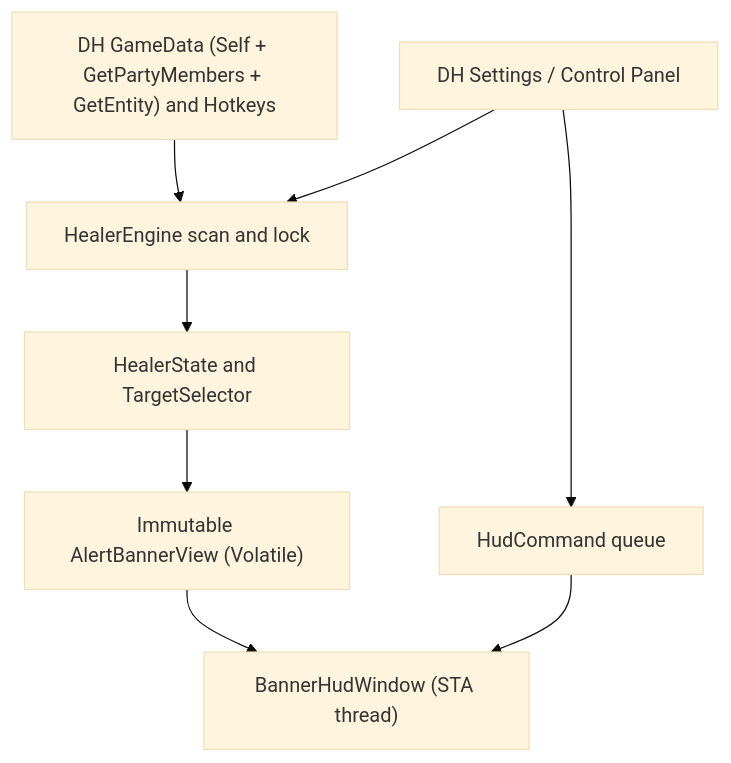
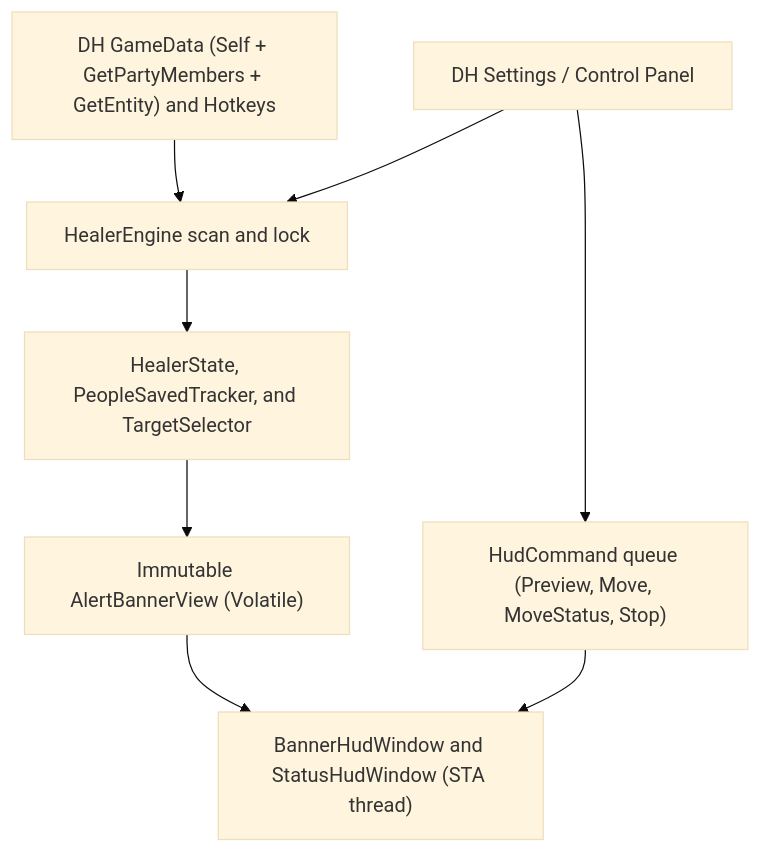
Before and after one commit to Hagaygur/DDO-Healers-Helper: the diagram in docs/human/ARCHITECTURE.md, drawn with Mermaid (base theme). The commit also changed other lines of this file and 26 other files, not shown here.

````diff
--- a/docs/human/ARCHITECTURE.md
+++ b/docs/human/ARCHITECTURE.md
@@ -26,10 +26,10 @@
 ```mermaid
 flowchart TD
   A["DH GameData (Self + GetPartyMembers + GetEntity) and Hotkeys"] --> B["HealerEngine scan and lock"]
-  B --> C["HealerState and TargetSelector"]
+  B --> C["HealerState, PeopleSavedTracker, and TargetSelector"]
   C --> D["Immutable AlertBannerView (Volatile)"]
-  D --> E["BannerHudWindow (STA thread)"]
+  D --> E["BannerHudWindow and StatusHudWindow (STA thread)"]
   F["DH Settings / Control Panel"] --> B
-  F --> G["HudCommand queue"]
+  F --> G["HudCommand queue (Preview, Move, MoveStatus, Stop)"]
   G --> E
 ```
````
